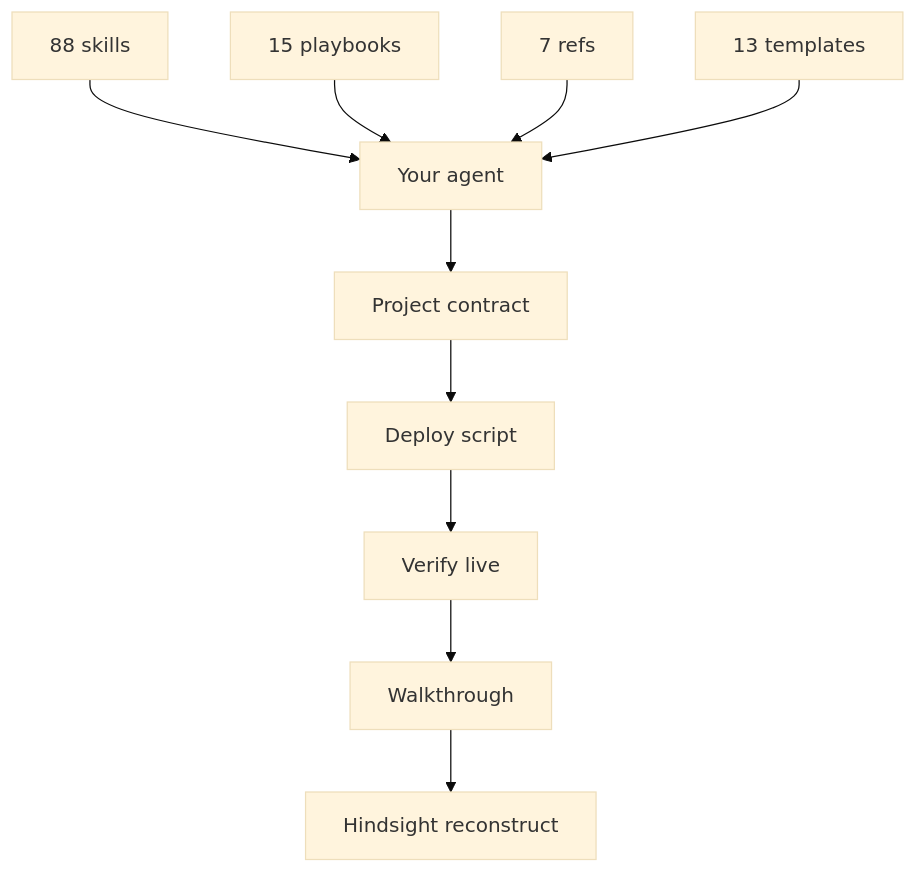
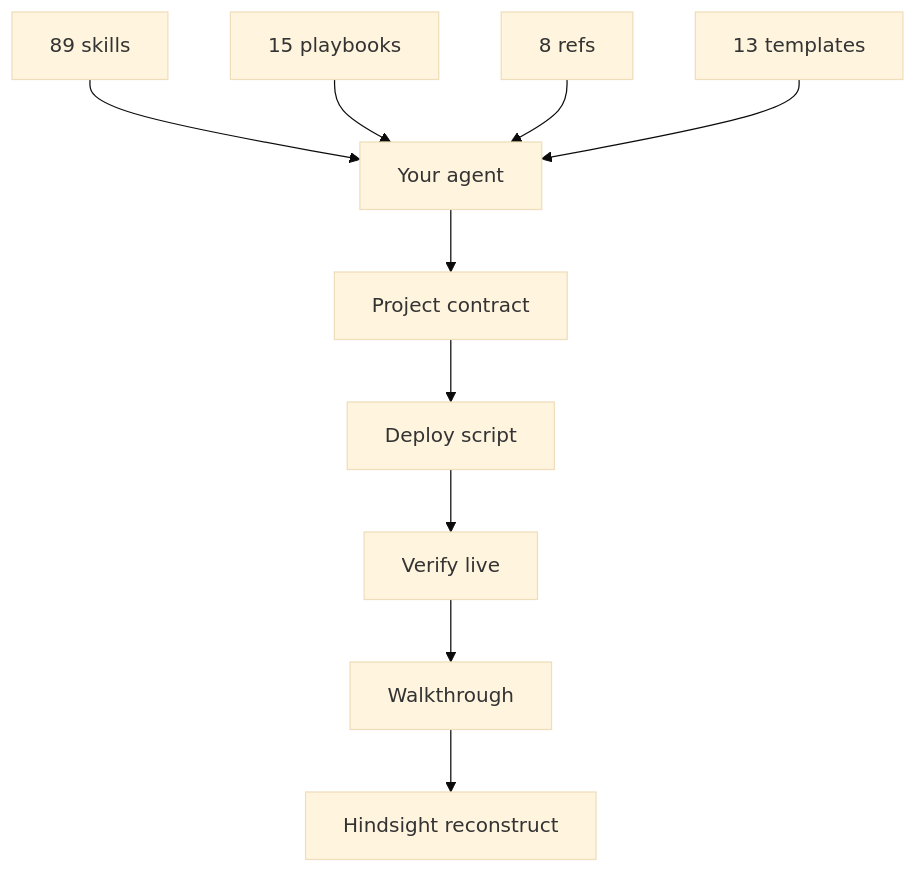
One commit to Nonarkara/dr-non-vibecoding-skills changed the third of 3 diagrams in README.md. Above: the diagram before and after it, drawn with Mermaid (base theme). The commit also changed other lines of this file and 7 other files, not shown here.

````diff
--- a/README.md
+++ b/README.md
@@ -362,12 +362,12 @@
 ```mermaid
 flowchart TB
-  S["88 skills"] --> A["Your agent"]
+  S["89 skills"] --> A["Your agent"]
   P["15 playbooks"] --> A
-  R["7 refs"] --> A
+  R["8 refs"] --> A
   T["13 templates"] --> A
   A --> W["Project contract"]
   W --> D["Deploy script"]
   D --> V["Verify live"]
   V --> H["Walkthrough"]
   H --> L["Hindsight reconstruct"]
 ```
````
